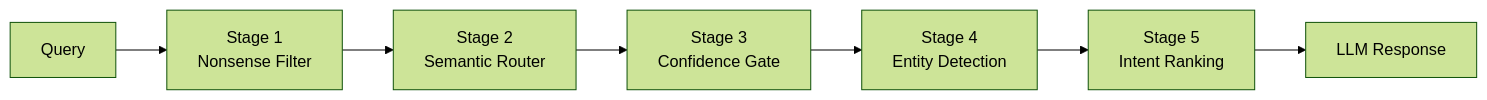
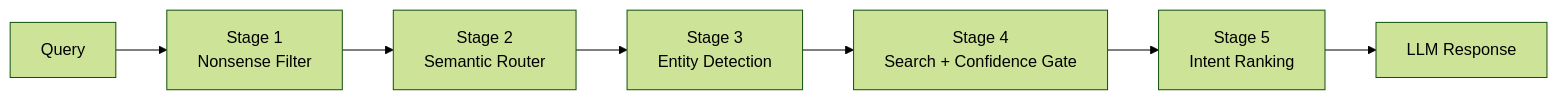
One commit to mcpugmire1/mattgpt-design-spec changed the diagram in docs/02-technical-architecture.md. Above: the diagram before and after it, drawn with Mermaid (forest theme). The commit also changed other lines of this file, not shown here.

```diff
--- a/docs/02-technical-architecture.md
+++ b/docs/02-technical-architecture.md
@@ -105,4 +105,4 @@
 <div class="mermaid">
 graph LR
-    Q[Query] --> S1["Stage 1<br/>Nonsense Filter"] --> S2["Stage 2<br/>Semantic Router"] --> S3["Stage 3<br/>Confidence Gate"] --> S4["Stage 4<br/>Entity Detection"] --> S5["Stage 5<br/>Intent Ranking"] --> R["LLM Response"]
+    Q[Query] --> S1["Stage 1<br/>Nonsense Filter"] --> S2["Stage 2<br/>Semantic Router"] --> S3["Stage 3<br/>Entity Detection"] --> S4["Stage 4<br/>Search + Confidence Gate"] --> S5["Stage 5<br/>Intent Ranking"] --> R["LLM Response"]
 </div>
```
